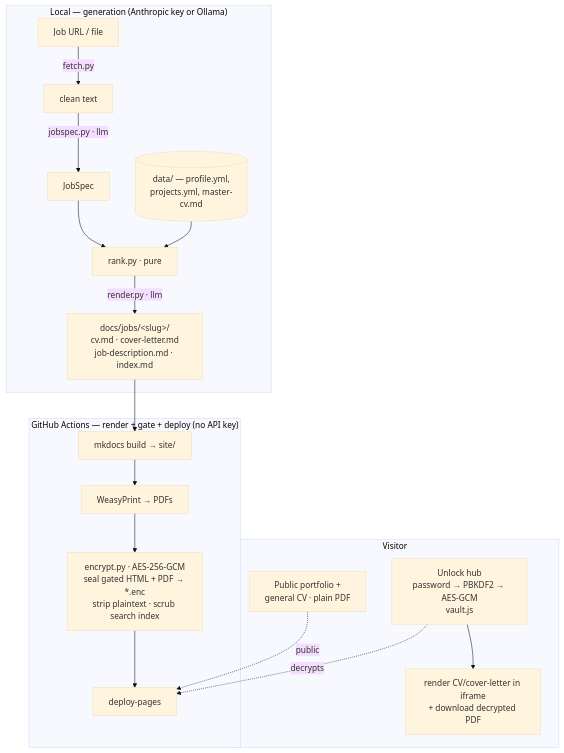
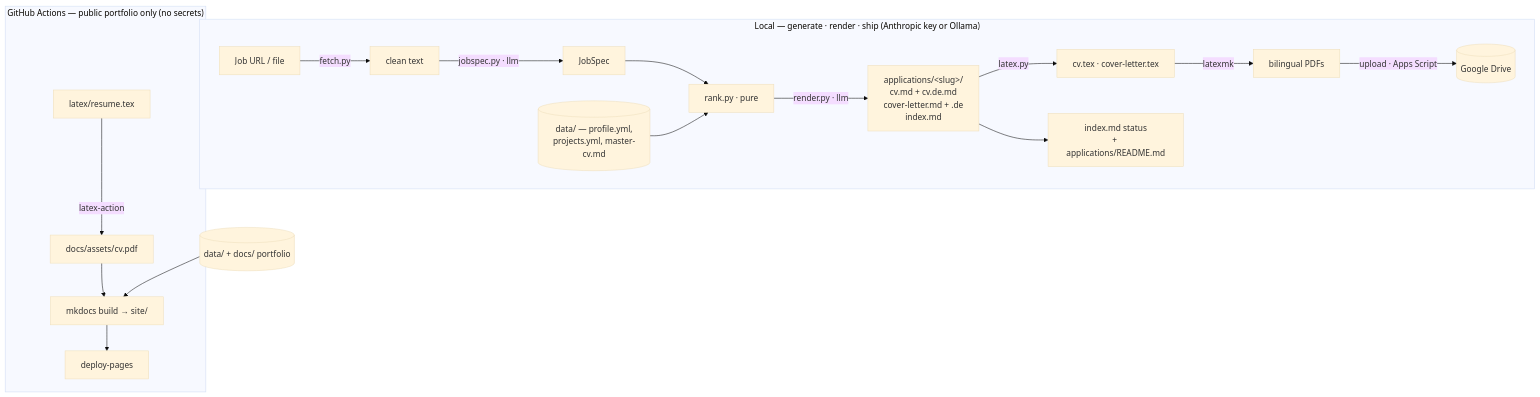
One commit to radheem/my-cv changed the first of 2 diagrams in docs/architecture.md. Above: the diagram before and after it, drawn with Mermaid (base theme). The commit also changed other lines of this file and 2 other files, not shown here.

First line of the commit message:
docs: rewrite cli/architecture/setup for the LaTeX + Drive + tracker flow

````diff
--- a/docs/architecture.md
+++ b/docs/architecture.md
@@ -7,23 +8,22 @@
 ```mermaid
 flowchart TB
-    subgraph local["Local — generation (Anthropic key or Ollama)"]
+    subgraph local["Local — generate · render · ship (Anthropic key or Ollama)"]
       JD[Job URL / file] -->|fetch.py| TXT[clean text]
       TXT -->|jobspec.py · llm| SPEC[JobSpec]
       SPEC --> RANK[rank.py · pure]
       DATA[(data/ — profile.yml,\nprojects.yml, master-cv.md)] --> RANK
-      RANK -->|render.py · llm| OUT[docs/jobs/&lt;slug&gt;/\ncv.md · cover-letter.md\njob-description.md · index.md]
+      RANK -->|render.py · llm| MD[applications/&lt;slug&gt;/\ncv.md + cv.de.md\ncover-letter.md + .de\nindex.md]
+      MD -->|latex.py| TEX[cv.tex · cover-letter.tex]
+      TEX -->|latexmk| PDF[bilingual PDFs]
+      PDF -->|upload · Apps Script| DRIVE[(Google Drive)]
+      MD --> ST[index.md status\n+ applications/README.md]
     end
 
-    subgraph ci["GitHub Actions — render + gate + deploy (no API key)"]
-      OUT --> MK[mkdocs build → site/]
-      MK --> PDF[WeasyPrint → PDFs]
-      PDF --> ENC[encrypt.py · AES-256-GCM\nseal gated HTML + PDF → *.enc\nstrip plaintext · scrub search index]
-      ENC --> DEP[deploy-pages]
+    subgraph ci["GitHub Actions — public portfolio only (no secrets)"]
+      RES[latex/resume.tex] -->|latex-action| CVPDF[docs/assets/cv.pdf]
+      CVPDF --> MK[mkdocs build → site/]
+      MK --> DEP[deploy-pages]
     end
 
-    subgraph browser["Visitor"]
-      PUB[Public portfolio +\ngeneral CV · plain PDF] -.public.-> DEP
-      GATE[Unlock hub\npassword → PBKDF2 → AES-GCM\nvault.js] -.decrypts.-> DEP
-      GATE --> SHOW[render CV/cover-letter in iframe\n+ download decrypted PDF]
-    end
+    PORT[(data/ + docs/ portfolio)] --> MK
 ```
````
